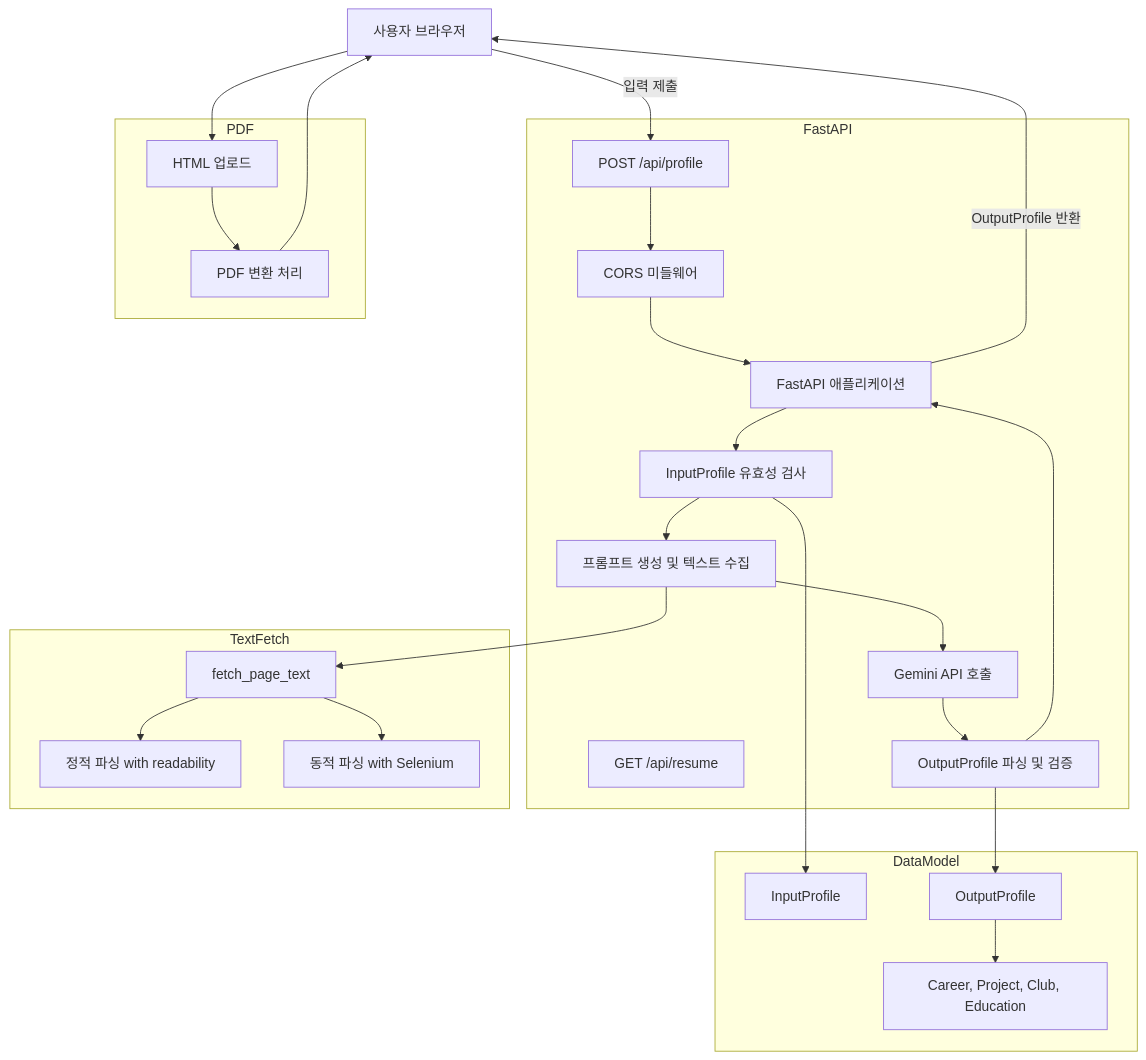
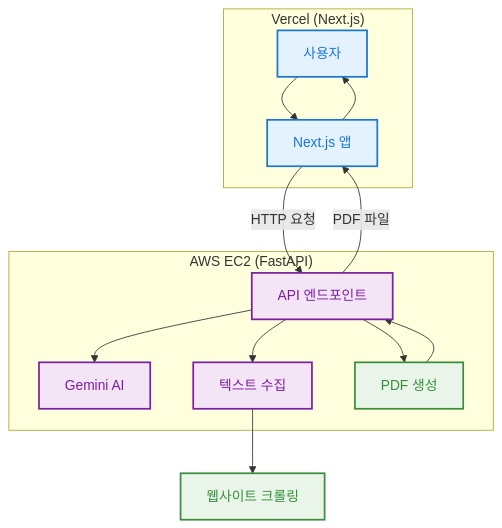
Before and after one commit to DDAL-KKAK-DOT/DDALKKAK: the diagram in README.md, drawn with Mermaid.

Commit message:
📝 Update README.md Architecture

````diff
--- a/README.md
+++ b/README.md
@@ -138,52 +138,38 @@
 ```mermaid
 flowchart TD
-
-%% 사용자
-User[사용자 브라우저]
-
-%% FastAPI 서버
-subgraph FastAPI
-  App[FastAPI 애플리케이션]
-  Middleware[CORS 미들웨어]
-  Validate[InputProfile 유효성 검사]
-  RoutePost[POST /api/profile]
-  RouteGet[GET /api/resume]
-  Gemini[Gemini API 호출]
-  Prompt[프롬프트 생성 및 텍스트 수집]
-  Verify[OutputProfile 파싱 및 검증]
+%% 클라이언트
+subgraph Vercel["Vercel (Next.js)"]
+  User[사용자]
+  NextApp[Next.js 앱]
 end
 
-%% 텍스트 수집 유틸
-subgraph TextFetch
-  Fetch[fetch_page_text]
-  Static[정적 파싱 with readability]
-  Dynamic[동적 파싱 with Selenium]
+%% 백엔드 서버
+subgraph Backend["AWS EC2 (FastAPI)"]
+  API[API 엔드포인트]
+  Gemini[Gemini AI]
+  TextFetch[텍스트 수집]
+  PDF[PDF 생성]
 end
 
-%% PDF 변환 모듈
-subgraph PDF
-  UploadHTML[HTML 업로드]
-  GeneratePDF[PDF 변환 처리]
-end
+%% 데이터 처리
+WebSites[웹사이트 크롤링]
 
-%% 데이터 모델
-subgraph DataModel
-  Input[InputProfile]
-  Output[OutputProfile]
-  Units[Career, Project, Club, Education]
-end
+%% 플로우
+User --> NextApp
+NextApp -->|HTTP 요청| API
+API --> TextFetch --> WebSites
+API --> Gemini
+API --> PDF
+PDF --> API
+API -->|PDF 파일| NextApp
+NextApp --> User
 
-%% 전체 흐름
-User -->|입력 제출| RoutePost
-RoutePost --> Middleware --> App
-App --> Validate --> Prompt
-Prompt --> Fetch --> Static
-Fetch --> Dynamic
-Prompt --> Gemini --> Verify --> App
-App -->|OutputProfile 반환| User
+%% 스타일링
+classDef vercel fill:#e3f2fd,stroke:#1976d2,stroke-width:2px,color:#1976d2
+classDef backend fill:#f3e5f5,stroke:#7b1fa2,stroke-width:2px,color:#7b1fa2
+classDef process fill:#e8f5e8,stroke:#388e3c,stroke-width:2px,color:#388e3c
 
-User --> UploadHTML --> GeneratePDF --> User
-
-Validate --> Input
-Verify --> Output --> Units
+class User,NextApp vercel
+class API,Gemini,TextFetch backend
+class PDF,WebSites process
 ```
````
